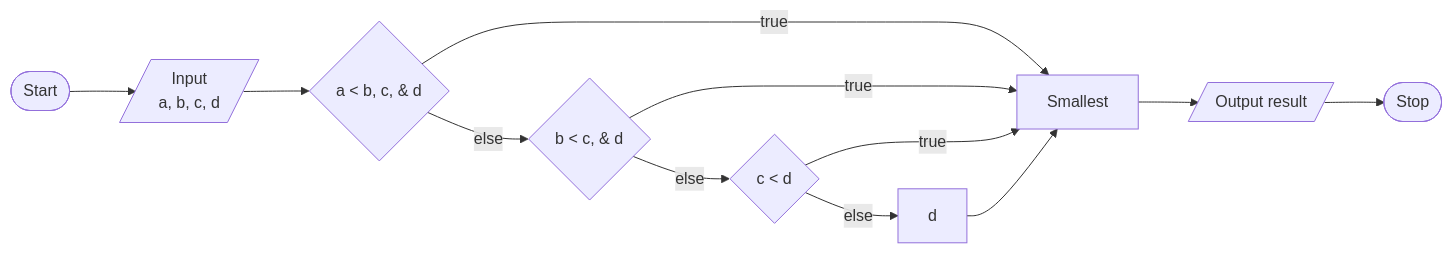
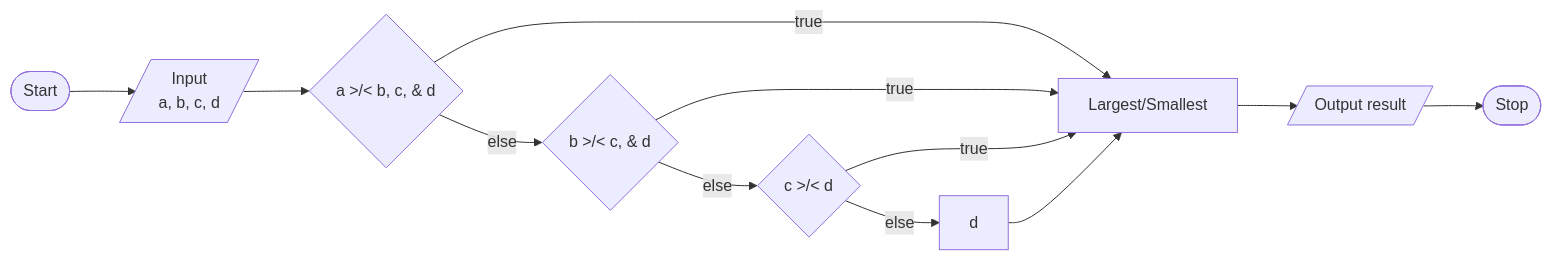
Before and after one commit to Tehgonk/Week-2: the diagram in Exercise 1/README.md, drawn with Mermaid. The commit also changed other lines of this file, not shown here.

````diff
--- a/Exercise 1/README.md
+++ b/Exercise 1/README.md
@@ -13,24 +13,24 @@
 ```mermaid
 flowchart LR
 START([Start])
 INPUT[/Input<br>a, b, c, d/]
-A{a < b, c, & d}
-B{b < c, & d}
-C{c < d}
+A{a >/< b, c, & d}
+B{b >/< c, & d}
+C{c >/< d}
 d
-SMALL[Smallest]
+SIZE[Largest/Smallest]
 OUT[/Output result/]
 STOP([Stop])
 
 START --> INPUT
 INPUT --> A
-A --> |true|SMALL
+A --> |true|SIZE
 A -->|else| B
-B --> |true|SMALL
+B --> |true|SIZE
 B -->|else| C
-C --> |true|SMALL
+C --> |true|SIZE
 C -->|else| d
-d --> SMALL
-SMALL --> OUT
+d --> SIZE
+SIZE --> OUT
 OUT --> STOP
 ```
````
